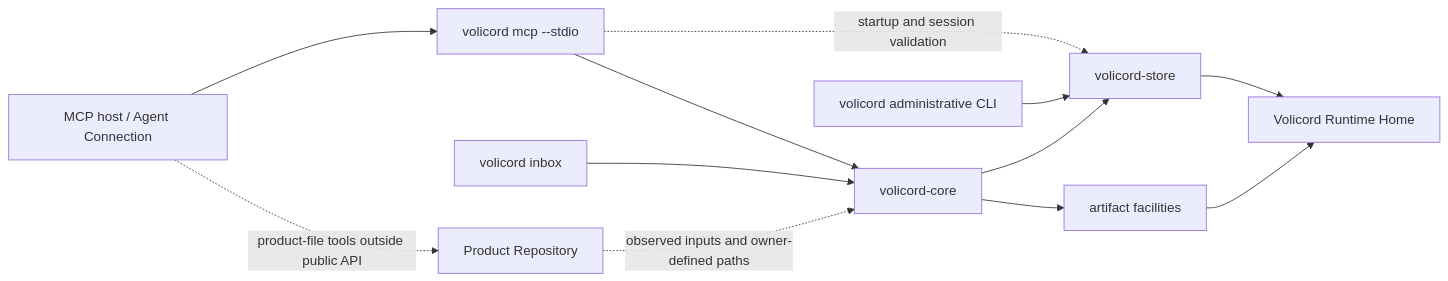
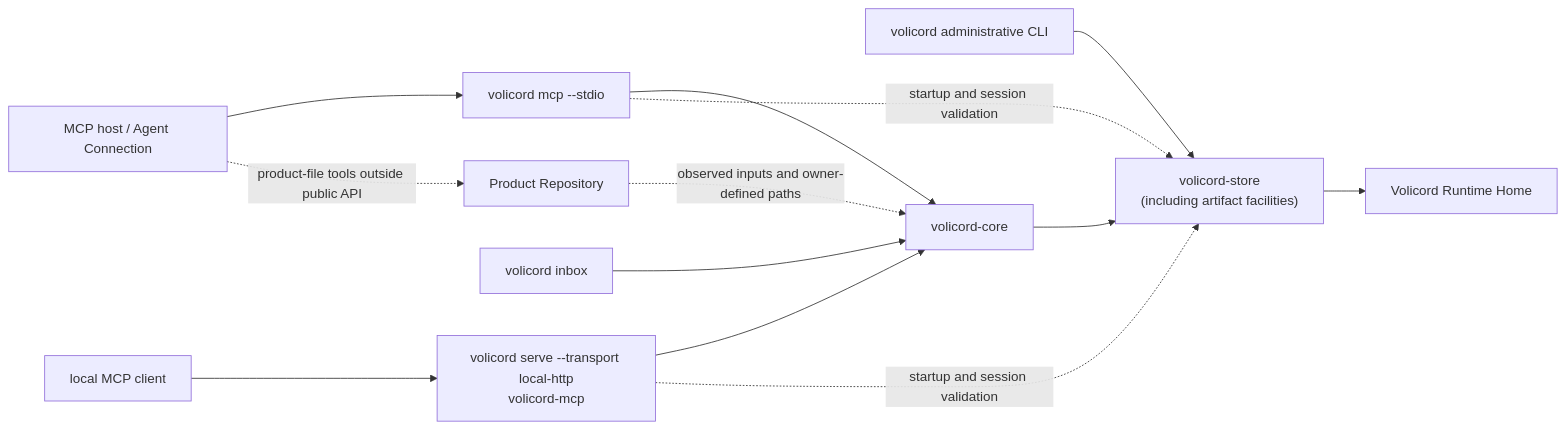
Before and after one commit to minjungw00/Volicord: the diagram in docs/en/architecture-guide/architecture.md, drawn with Mermaid. The commit also changed other lines of this file and 24 other files, not shown here.

Commit message:
docs: align architecture guide with source layout

````diff
--- a/docs/en/architecture-guide/architecture.md
+++ b/docs/en/architecture-guide/architecture.md
@@ -46,23 +49,24 @@
 ```mermaid
 flowchart LR
   host["MCP host / Agent Connection"]
   mcp["volicord mcp --stdio"]
+  httpclient["local MCP client"]
+  localhttp["volicord serve --transport local-http<br/>volicord-mcp"]
   cli["volicord administrative CLI"]
   inbox["volicord inbox"]
   core["volicord-core"]
-  store["volicord-store"]
-  artifacts["artifact facilities"]
+  store["volicord-store<br/>(including artifact facilities)"]
   runtime["Volicord Runtime Home"]
   product["Product Repository"]
 
   host --> mcp --> core
+  httpclient --> localhttp --> core
   mcp -. startup and session validation .-> store
+  localhttp -. startup and session validation .-> store
   cli --> store
   inbox --> core
   core --> store
-  core --> artifacts
   store --> runtime
-  artifacts --> runtime
   product -. observed inputs and owner-defined paths .-> core
   host -. product-file tools outside public API .-> product
 ```
````
